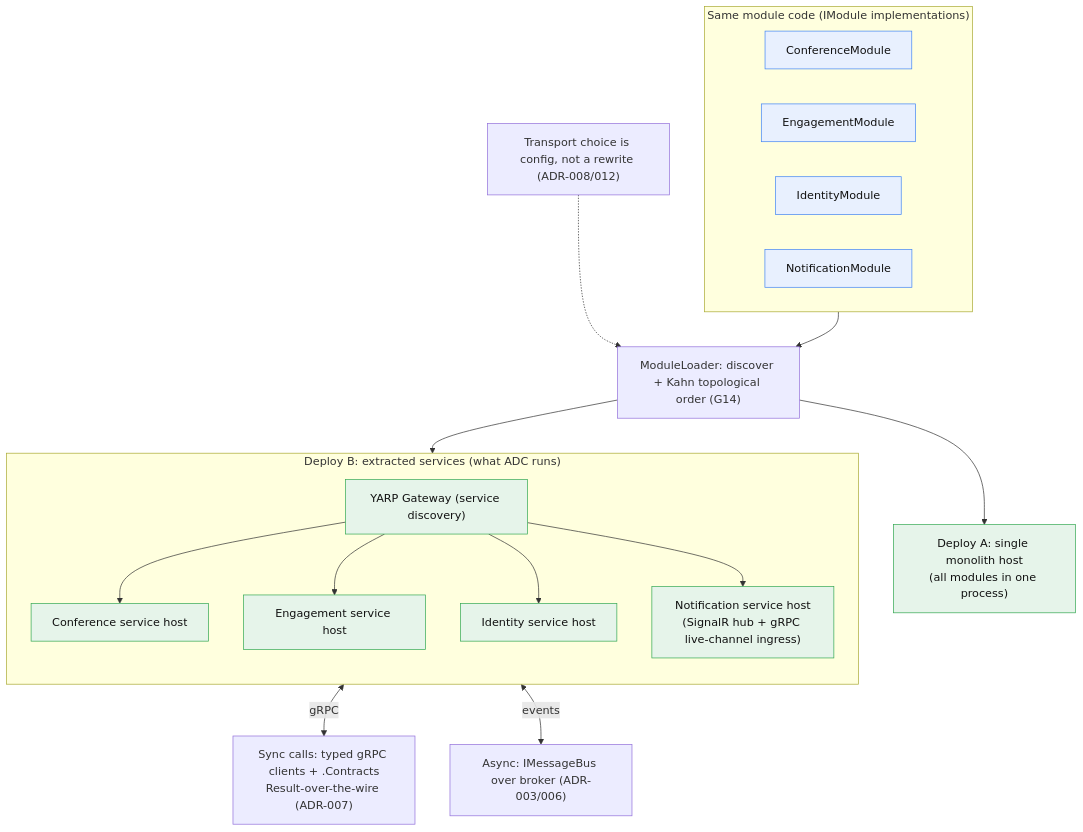
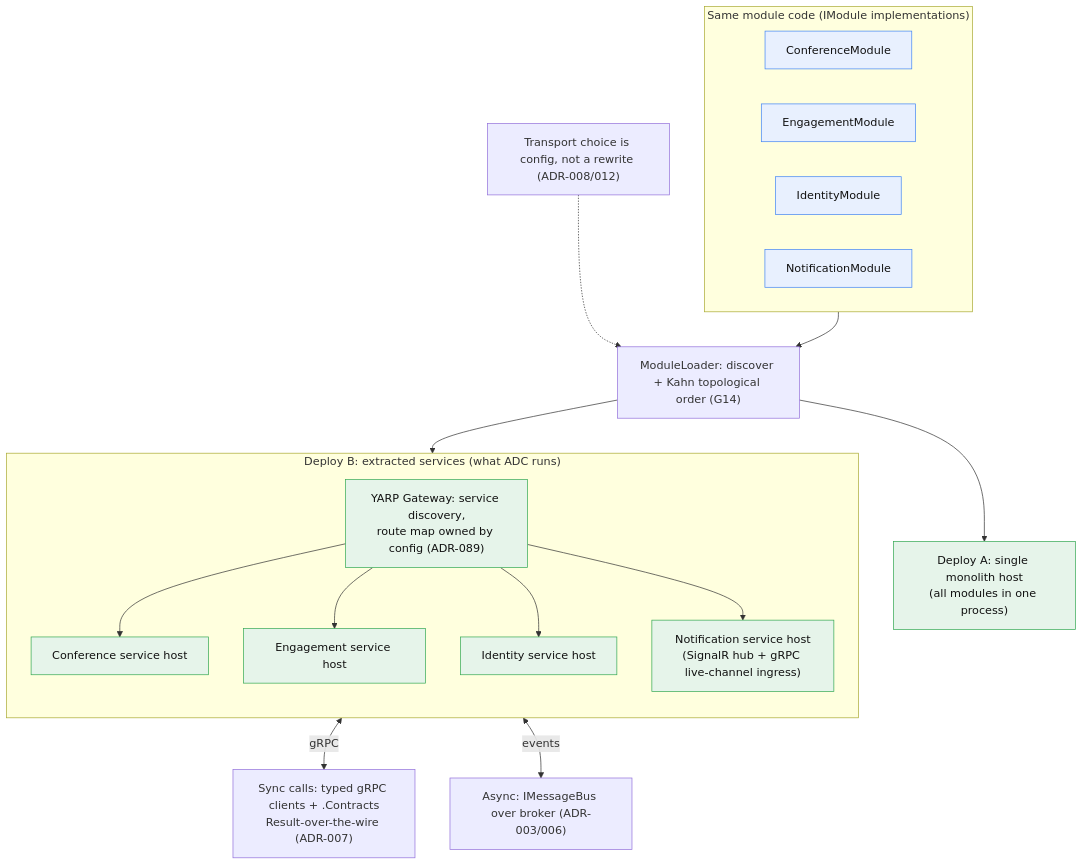
The seventh of 15 diagrams in docs-src/onboarding/CONCEPT-MAPS.md (ivanball/ivanball.github.io), drawn with Mermaid before and after one commit. The commit also changed other lines of this file and 3 other files, not shown here.

````diff
--- a/docs-src/onboarding/CONCEPT-MAPS.md
+++ b/docs-src/onboarding/CONCEPT-MAPS.md
@@ -380,41 +388,41 @@
 ```mermaid
 flowchart TD
     subgraph SRC["Same module code (IModule implementations)"]
         MC["ConferenceModule"]
         ME["EngagementModule"]
         MI["IdentityModule"]
         MN["NotificationModule"]
     end
     LOADER["ModuleLoader: discover + Kahn topological order (G14)"]
 
     MONO["Deploy A: single monolith host<br/>(all modules in one process)"]
 
     subgraph SERVICES["Deploy B: extracted services (what ADC runs)"]
         direction TB
-        GW["YARP Gateway (service discovery)"]
+        GW["YARP Gateway: service discovery,<br/>route map owned by config (ADR-089)"]
         SVC1["Conference service host"]
         SVC2["Engagement service host"]
         SVC3["Identity service host"]
         SVC4["Notification service host<br/>(SignalR hub + gRPC live-channel ingress)"]
         GW --> SVC1
         GW --> SVC2
         GW --> SVC3
         GW --> SVC4
     end
 
     SYNC["Sync calls: typed gRPC clients + .Contracts<br/>Result-over-the-wire (ADR-007)"]
     ASYNC["Async: IMessageBus over broker (ADR-003/006)"]
 
     SRC --> LOADER
     LOADER --> MONO
     LOADER --> SERVICES
     SVC1 <-->|"gRPC"| SYNC
     SVC1 <-->|"events"| ASYNC
     NOTE["Transport choice is config, not a rewrite (ADR-008/012)"]
     NOTE -.-> LOADER
 
     classDef mod fill:#e8f0fe,stroke:#4285f4,color:#111
     classDef dep fill:#e6f4ea,stroke:#34a853,color:#111
     class MC,ME,MI,MN mod
     class MONO,GW,SVC1,SVC2,SVC3,SVC4 dep
 ```
````
